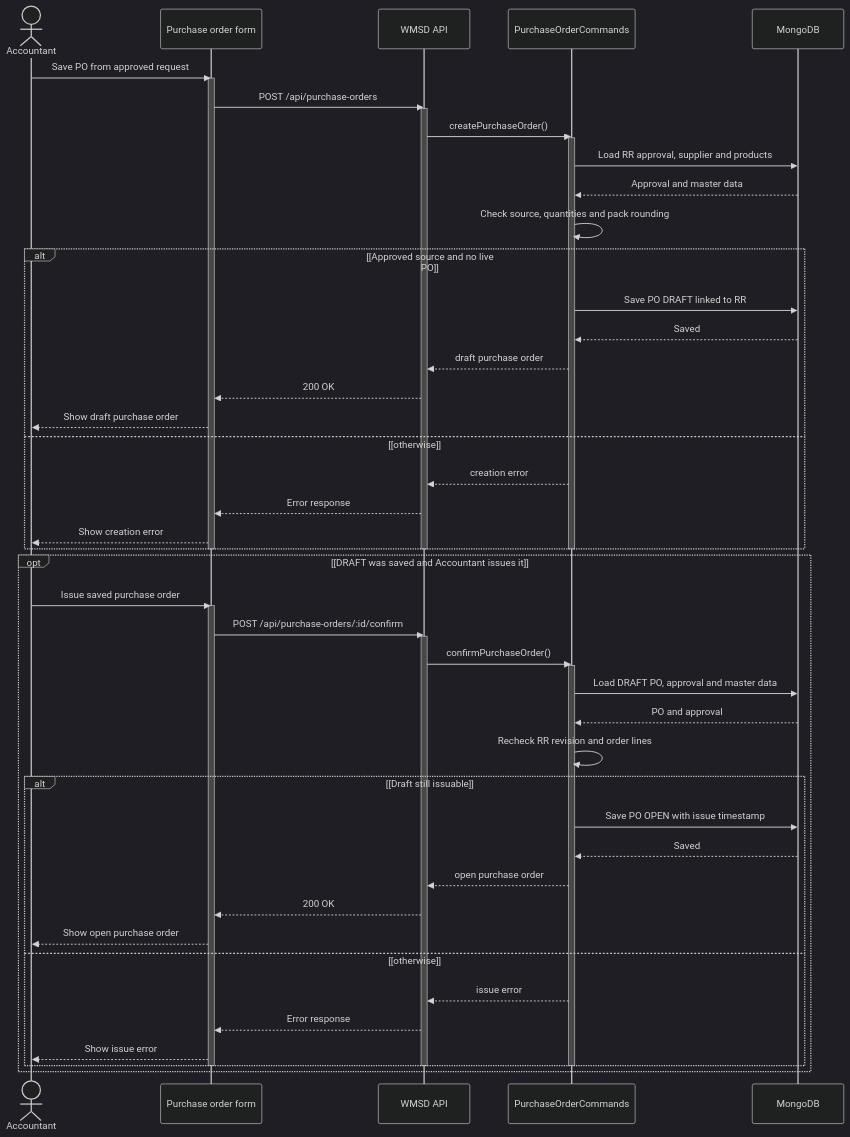
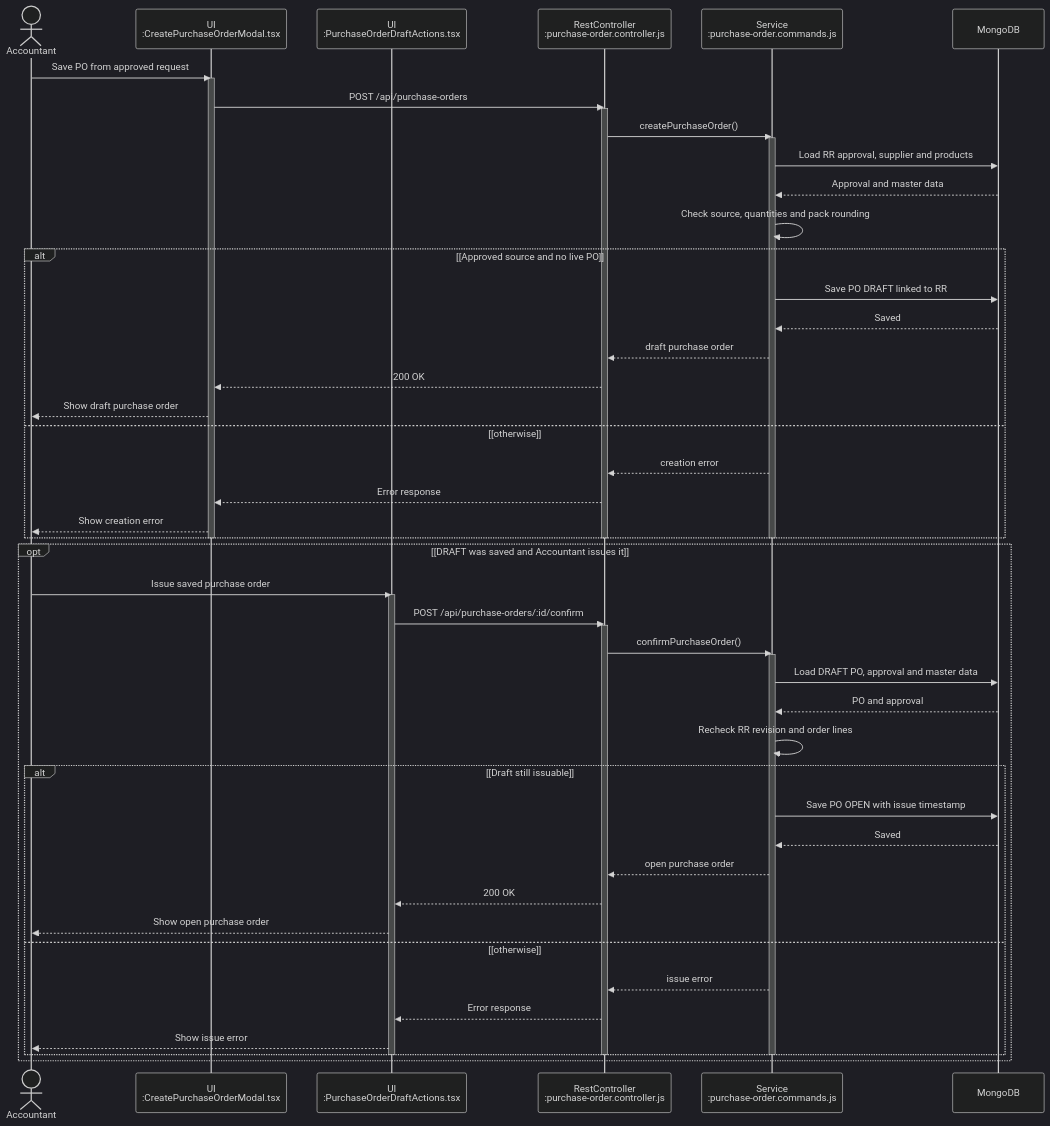
The tenth of 46 diagrams in git_doc/docs/01_bao_cao/WMSD_Report4_Draft.md (bupbalabup/wmsd_be), drawn with Mermaid (dark theme) before and after one commit. The commit also changed other lines of this file and 80 other files, not shown here.

First line of the commit message:
feat(purchase): implement core purchase functionalities and validation schemas

````diff
--- a/git_doc/docs/01_bao_cao/WMSD_Report4_Draft.md
+++ b/git_doc/docs/01_bao_cao/WMSD_Report4_Draft.md
@@ -854,56 +849,57 @@
 ```mermaid
 sequenceDiagram
   actor X as Accountant
-  participant U as Purchase order form
-  participant A as WMSD API
-  participant S as PurchaseOrderCommands
+  participant U as UI<br/>:CreatePurchaseOrderModal.tsx
+  participant U2 as UI<br/>:PurchaseOrderDraftActions.tsx
+  participant A as RestController<br/>:purchase-order.controller.js
+  participant S as Service<br/>:purchase-order.commands.js
   participant D as MongoDB
   X->>U: Save PO from approved request
   activate U
   U->>A: POST /api/purchase-orders
   activate A
   A->>S: createPurchaseOrder()
   activate S
   S->>D: Load RR approval, supplier and products
   D-->>S: Approval and master data
   S->>S: Check source, quantities and pack rounding
   alt [Approved source and no live PO]
     S->>D: Save PO DRAFT linked to RR
     D-->>S: Saved
     S-->>A: draft purchase order
     A-->>U: 200 OK
     U-->>X: Show draft purchase order
   else [otherwise]
     S-->>A: creation error
     A-->>U: Error response
     U-->>X: Show creation error
   end
   deactivate S
   deactivate A
   deactivate U
   opt [DRAFT was saved and Accountant issues it]
-    X->>U: Issue saved purchase order
-    activate U
-    U->>A: POST /api/purchase-orders/:id/confirm
+    X->>U2: Issue saved purchase order
+    activate U2
+    U2->>A: POST /api/purchase-orders/:id/confirm
     activate A
     A->>S: confirmPurchaseOrder()
     activate S
     S->>D: Load DRAFT PO, approval and master data
     D-->>S: PO and approval
     S->>S: Recheck RR revision and order lines
     alt [Draft still issuable]
       S->>D: Save PO OPEN with issue timestamp
       D-->>S: Saved
       S-->>A: open purchase order
-      A-->>U: 200 OK
-      U-->>X: Show open purchase order
+      A-->>U2: 200 OK
+      U2-->>X: Show open purchase order
     else [otherwise]
       S-->>A: issue error
-      A-->>U: Error response
-      U-->>X: Show issue error
+      A-->>U2: Error response
+      U2-->>X: Show issue error
     end
     deactivate S
     deactivate A
-    deactivate U
+    deactivate U2
   end
 ```
````
